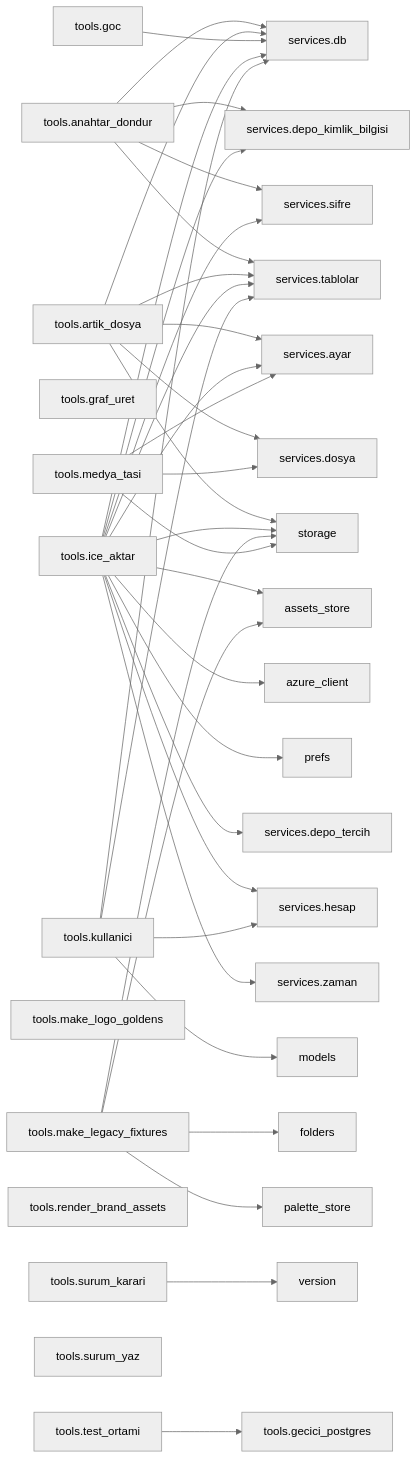
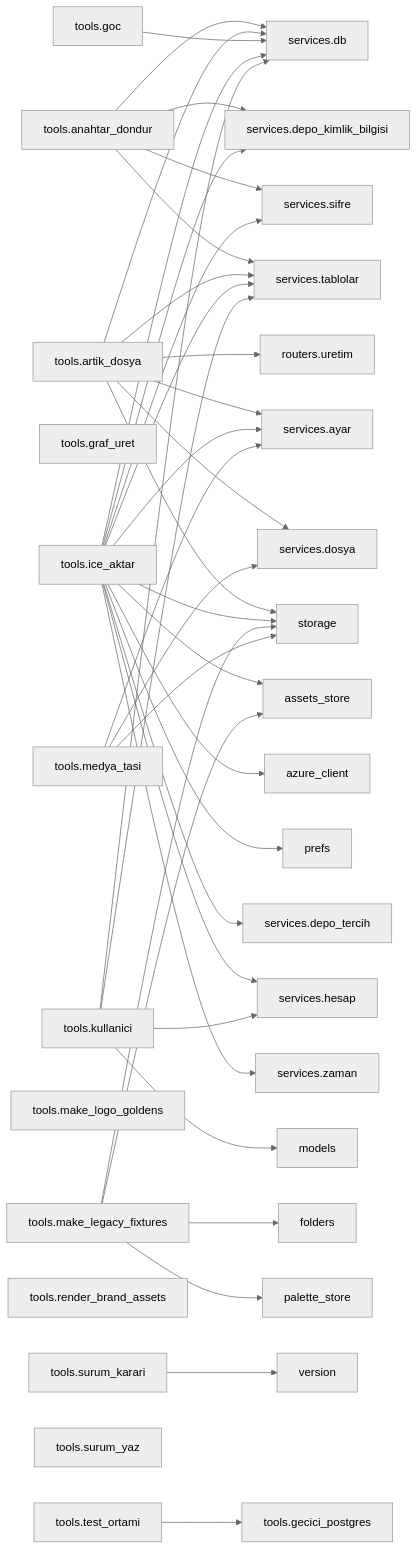
The second of 2 diagrams in docs/graflar/moduller.md (Zenginby/kromis), drawn with Mermaid (neutral theme) before and after one commit. The commit also changed other lines of this file and 39 other files, not shown here.

````diff
--- a/docs/graflar/moduller.md
+++ b/docs/graflar/moduller.md
@@ -591,52 +598,53 @@
 ```mermaid
 flowchart LR
   n_tools_anahtar_dondur["tools.anahtar_dondur"]
   n_tools_anahtar_dondur --> n_services_db["services.db"]
   n_tools_anahtar_dondur --> n_services_depo_kimlik_bilgisi["services.depo_kimlik_bilgisi"]
   n_tools_anahtar_dondur --> n_services_sifre["services.sifre"]
   n_tools_anahtar_dondur --> n_services_tablolar["services.tablolar"]
   n_tools_artik_dosya["tools.artik_dosya"]
+  n_tools_artik_dosya --> n_routers_uretim["routers.uretim"]
   n_tools_artik_dosya --> n_services_ayar["services.ayar"]
   n_tools_artik_dosya --> n_services_db["services.db"]
   n_tools_artik_dosya --> n_services_dosya["services.dosya"]
   n_tools_artik_dosya --> n_services_tablolar["services.tablolar"]
   n_tools_artik_dosya --> n_storage["storage"]
   n_tools_gecici_postgres["tools.gecici_postgres"]
   n_tools_goc["tools.goc"]
   n_tools_goc --> n_services_db["services.db"]
   n_tools_graf_uret["tools.graf_uret"]
   n_tools_ice_aktar["tools.ice_aktar"]
   n_tools_ice_aktar --> n_assets_store["assets_store"]
   n_tools_ice_aktar --> n_azure_client["azure_client"]
   n_tools_ice_aktar --> n_prefs["prefs"]
   n_tools_ice_aktar --> n_services_ayar["services.ayar"]
   n_tools_ice_aktar --> n_services_db["services.db"]
   n_tools_ice_aktar --> n_services_depo_kimlik_bilgisi["services.depo_kimlik_bilgisi"]
   n_tools_ice_aktar --> n_services_depo_tercih["services.depo_tercih"]
   n_tools_ice_aktar --> n_services_hesap["services.hesap"]
   n_tools_ice_aktar --> n_services_sifre["services.sifre"]
   n_tools_ice_aktar --> n_services_tablolar["services.tablolar"]
   n_tools_ice_aktar --> n_services_zaman["services.zaman"]
   n_tools_ice_aktar --> n_storage["storage"]
   n_tools_kullanici["tools.kullanici"]
   n_tools_kullanici --> n_models["models"]
   n_tools_kullanici --> n_services_db["services.db"]
   n_tools_kullanici --> n_services_hesap["services.hesap"]
   n_tools_kullanici --> n_services_tablolar["services.tablolar"]
   n_tools_make_legacy_fixtures["tools.make_legacy_fixtures"]
   n_tools_make_legacy_fixtures --> n_assets_store["assets_store"]
   n_tools_make_legacy_fixtures --> n_folders["folders"]
   n_tools_make_legacy_fixtures --> n_palette_store["palette_store"]
   n_tools_make_legacy_fixtures --> n_storage["storage"]
   n_tools_make_logo_goldens["tools.make_logo_goldens"]
   n_tools_medya_tasi["tools.medya_tasi"]
   n_tools_medya_tasi --> n_services_ayar["services.ayar"]
   n_tools_medya_tasi --> n_services_dosya["services.dosya"]
   n_tools_medya_tasi --> n_storage["storage"]
   n_tools_render_brand_assets["tools.render_brand_assets"]
   n_tools_surum_karari["tools.surum_karari"]
   n_tools_surum_karari --> n_version["version"]
   n_tools_surum_yaz["tools.surum_yaz"]
   n_tools_test_ortami["tools.test_ortami"]
   n_tools_test_ortami --> n_tools_gecici_postgres["tools.gecici_postgres"]
 ```
````
